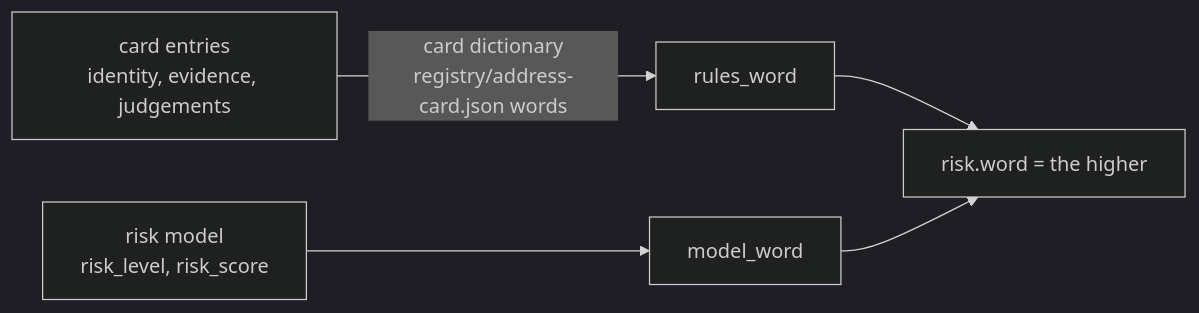
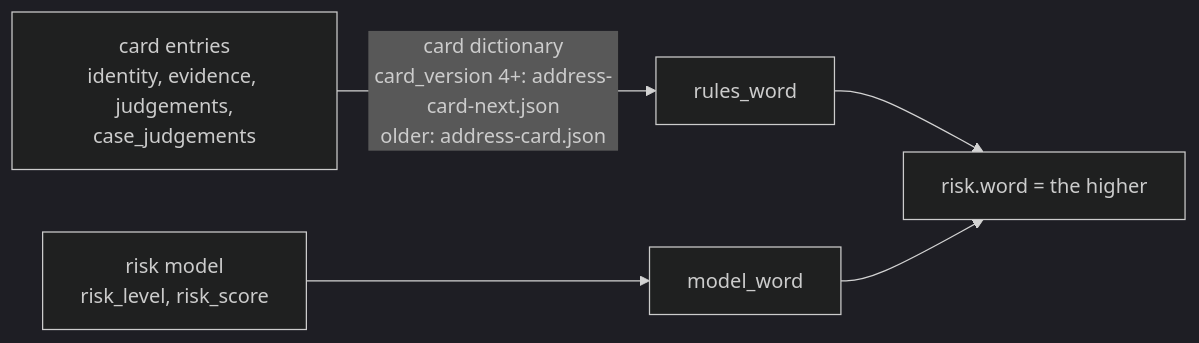
Before and after one commit to chainswarm/chain-insights: the third of 5 diagrams in docs/mcp-proxy.md, drawn with Mermaid (dark theme). The commit also changed other lines of this file and 17 other files, not shown here.

First line of the commit message:
aml_address_risk and aml_token_risk read the new words malicious, suspect and victim (0.93.5) (#614)

````diff
--- a/docs/mcp-proxy.md
+++ b/docs/mcp-proxy.md
@@ -342,7 +350,7 @@
 ```mermaid
 flowchart LR
-    C["card entries<br/>identity, evidence, judgements"] -->|"card dictionary<br/>registry/address-card.json words"| R["rules_word"]
+    C["card entries<br/>identity, evidence, judgements,<br/>case_judgements"] -->|"card dictionary<br/>card_version 4+: address-card-next.json<br/>older: address-card.json"| R["rules_word"]
     M["risk model<br/>risk_level, risk_score"] --> W["model_word"]
     R --> H["risk.word = the higher"]
     W --> H
 ```
````
